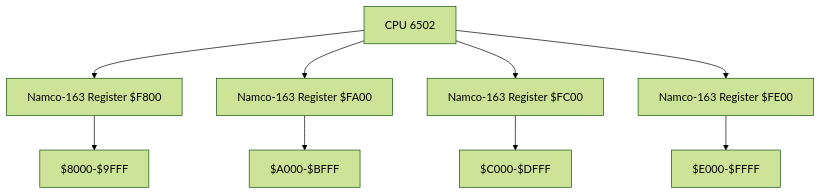
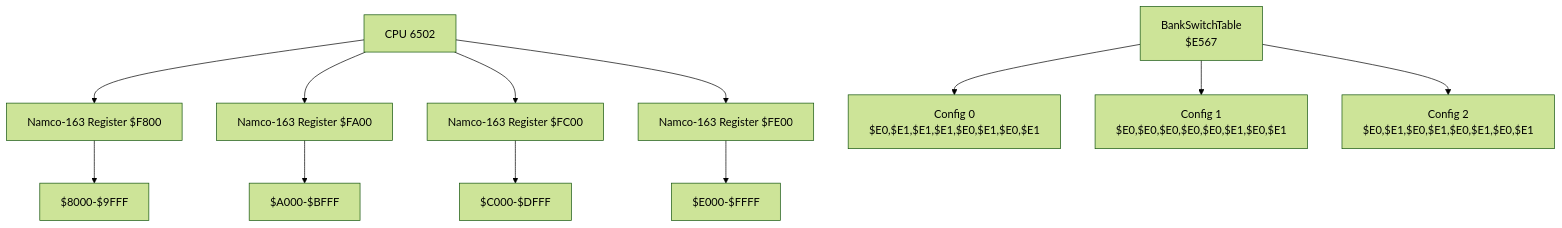
The first of 8 diagrams in .qoder/repowiki/en/content/Data Access and Memory Management/Bank Switching for Data Access.md (rabbyzero/sango2dasm), drawn with Mermaid (forest theme) before and after one commit. The commit also changed other lines of this file and 9 other files, not shown here.

Commit message:
clean $E843-$F2AE manually. add comments. rename bank switch functions.

````diff
--- a/.qoder/repowiki/en/content/Data Access and Memory Management/Bank Switching for Data Access.md
+++ b/.qoder/repowiki/en/content/Data Access and Memory Management/Bank Switching for Data Access.md
@@ -35,20 +44,27 @@
 ```mermaid
 graph TB
 CPU["CPU 6502"]
 REG_F800["Namco-163 Register $F800"]
 REG_FA00["Namco-163 Register $FA00"]
 REG_FC00["Namco-163 Register $FC00"]
 REG_FE00["Namco-163 Register $FE00"]
 SLOT_8000["$8000-$9FFF"]
 SLOT_A000["$A000-$BFFF"]
 SLOT_C000["$C000-$DFFF"]
 SLOT_E000["$E000-$FFFF"]
+BANK_SWITCH_TABLE["BankSwitchTable<br/>$E567"]
+CONFIG_0["Config 0<br/>$E0,$E1,$E1,$E1,$E0,$E1,$E0,$E1"]
+CONFIG_1["Config 1<br/>$E0,$E0,$E0,$E0,$E0,$E1,$E0,$E1"]
+CONFIG_2["Config 2<br/>$E0,$E1,$E0,$E1,$E0,$E1,$E0,$E1"]
 CPU --> REG_F800
 CPU --> REG_FA00
 CPU --> REG_FC00
 CPU --> REG_FE00
 REG_F800 --> SLOT_8000
 REG_FA00 --> SLOT_A000
 REG_FC00 --> SLOT_C000
 REG_FE00 --> SLOT_E000
+BANK_SWITCH_TABLE --> CONFIG_0
+BANK_SWITCH_TABLE --> CONFIG_1
+BANK_SWITCH_TABLE --> CONFIG_2
 ```
````
